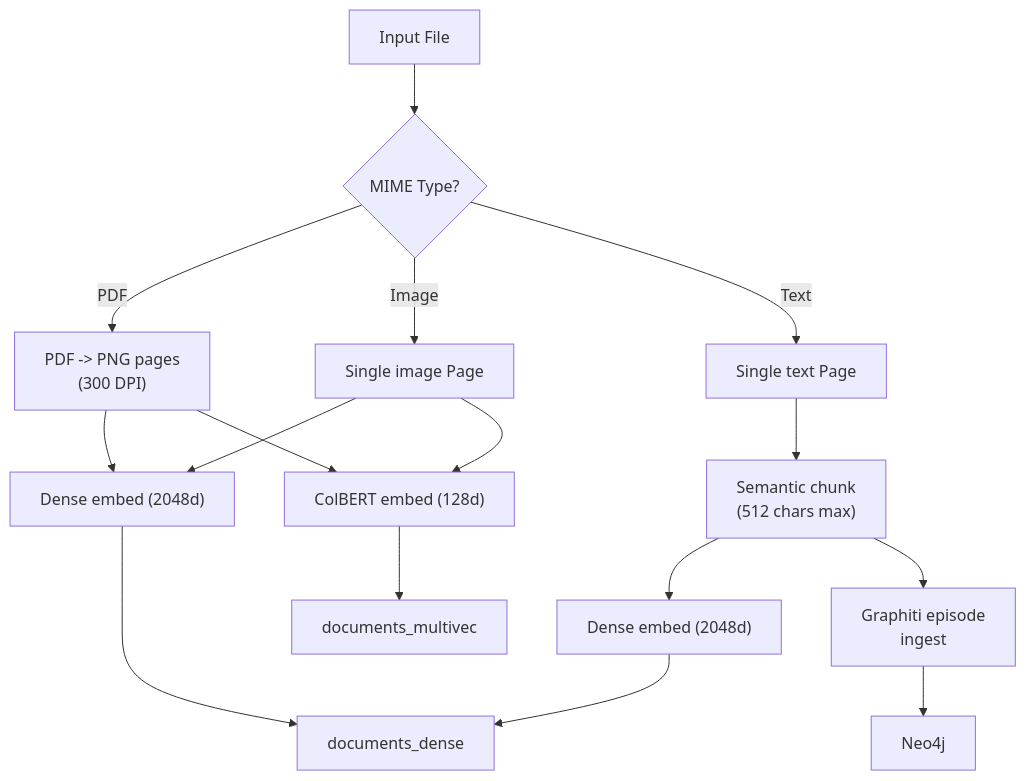
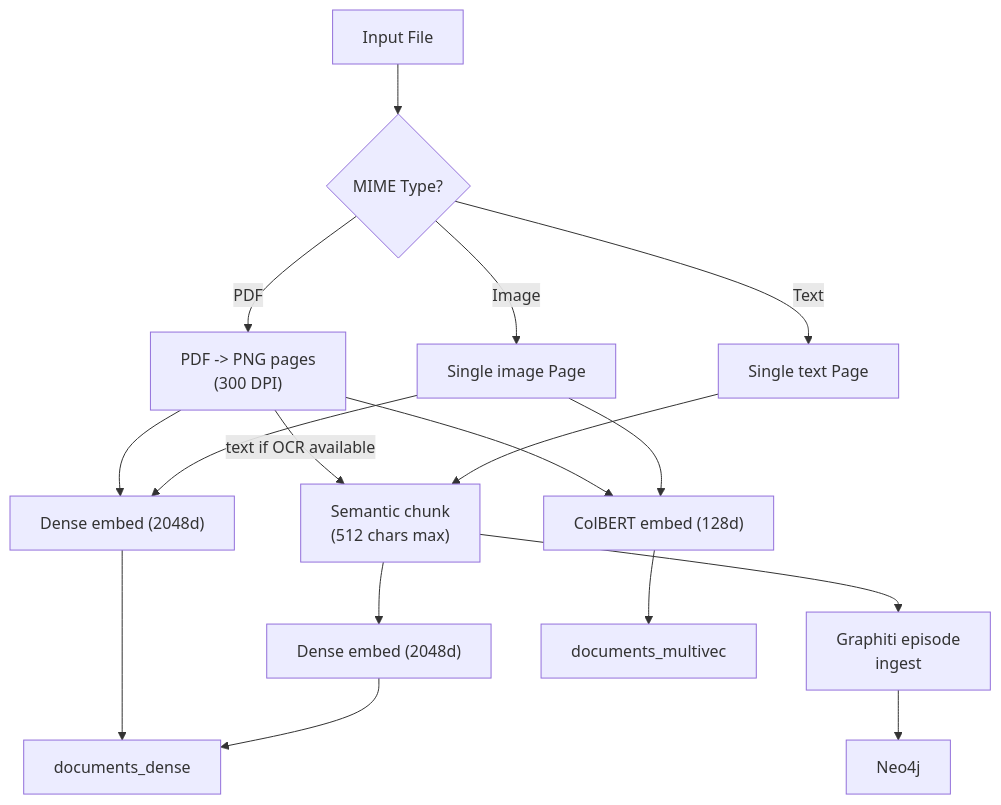
The second of 2 diagrams in docs/ingestion/overview.md (dollro/spektr), drawn with Mermaid before and after one commit. The commit also changed other lines of this file and 3 other files, not shown here.

First line of the commit message:
docs: update README and ingestion docs for TPM throttling, Graphiti adapter

````diff
--- a/docs/ingestion/overview.md
+++ b/docs/ingestion/overview.md
@@ -44,21 +44,22 @@
 ```mermaid
 flowchart TD
     File["Input File"] --> Detect{MIME Type?}
     Detect -->|PDF| PDF["PDF -> PNG pages\n(300 DPI)"]
     Detect -->|Image| IMG["Single image Page"]
     Detect -->|Text| TXT["Single text Page"]
 
+    PDF -->|text if OCR available| SemanticChunk
     PDF --> DenseImg["Dense embed (2048d)"]
     PDF --> ColBERT["ColBERT embed (128d)"]
     IMG --> DenseImg
     IMG --> ColBERT
 
     TXT --> SemanticChunk["Semantic chunk\n(512 chars max)"]
     SemanticChunk --> DenseTxt["Dense embed (2048d)"]
     SemanticChunk --> Graphiti["Graphiti episode\ningest"]
 
     DenseImg --> QdrantDense["documents_dense"]
     ColBERT --> QdrantMV["documents_multivec"]
     DenseTxt --> QdrantDense
     Graphiti --> Neo4jDB["Neo4j"]
 ```
````
